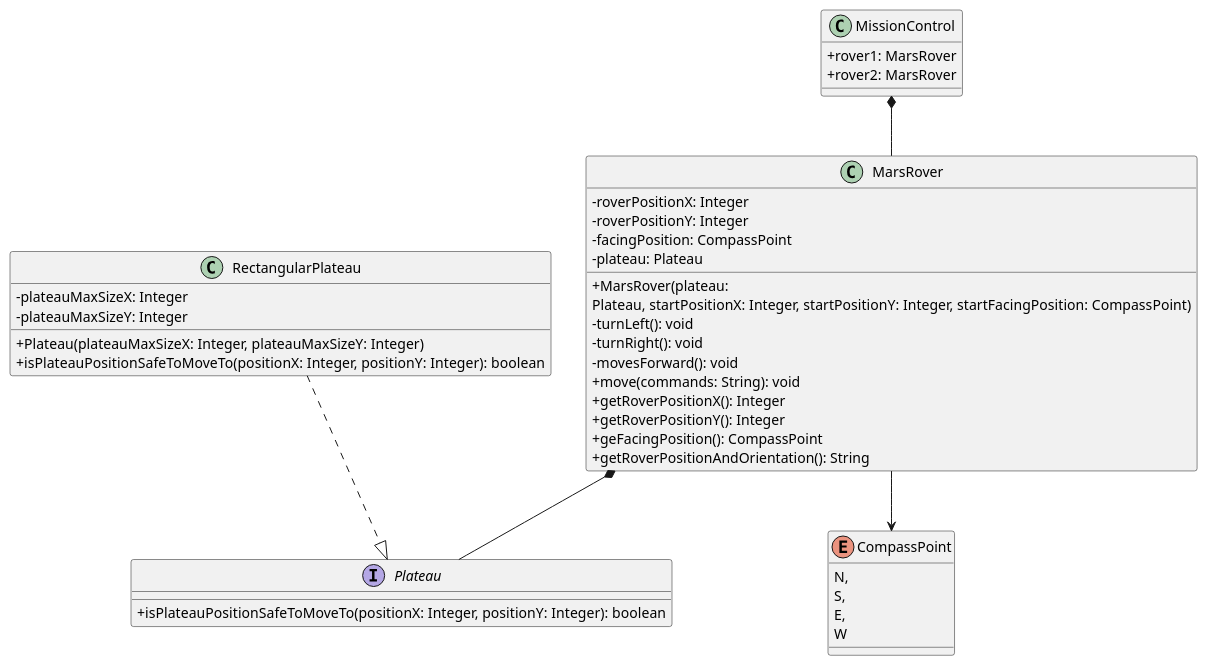
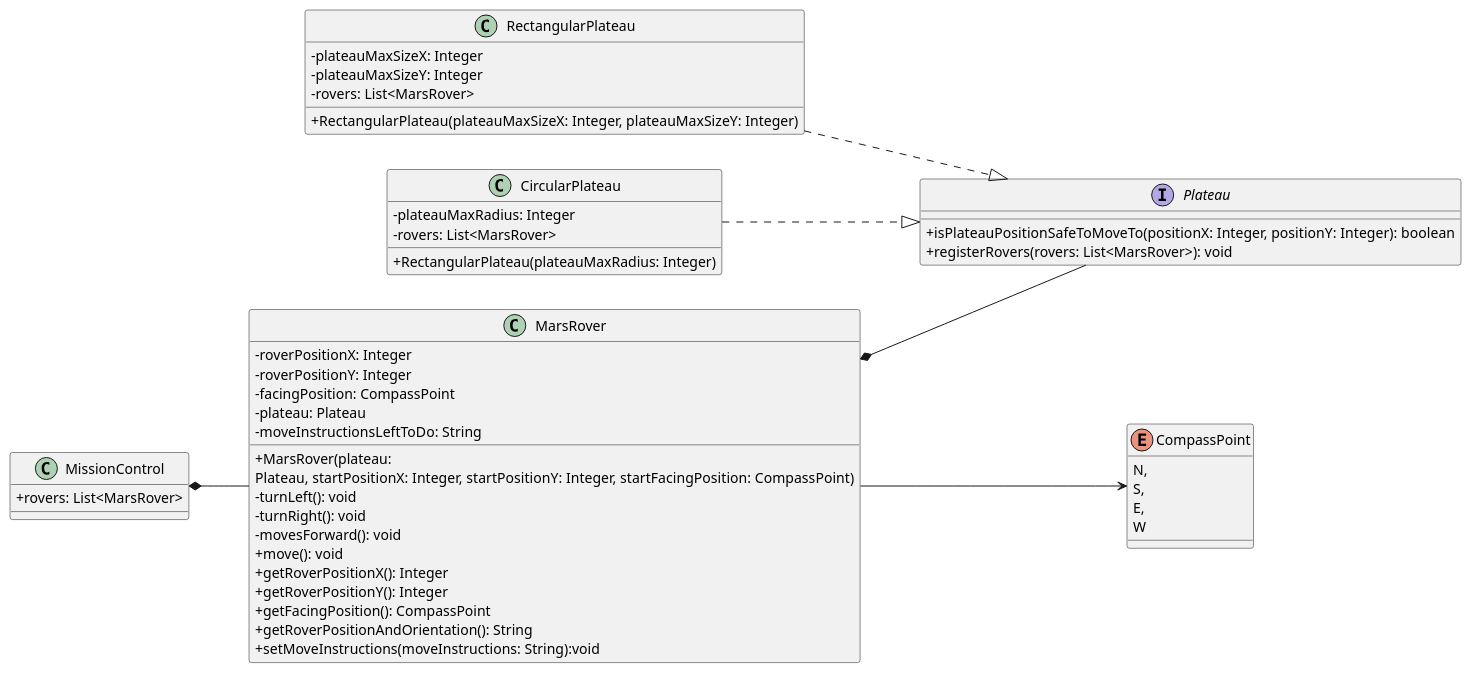
Before and after one commit to cleides/mars-rover: the diagram in docs/MarsRovers.puml, drawn with PlantUML.

Commit message:
Updated MarsRovers diagram

```diff
--- a/docs/MarsRovers.puml
+++ b/docs/MarsRovers.puml
@@ -1,51 +1,66 @@
 @startuml
 'https://plantuml.com/class-diagram
 skinparam classAttributeIconSize 0
+
+left to right direction
 
 MarsRover --> CompassPoint
 MarsRover *-- Plateau
 MissionControl *-- MarsRover
 RectangularPlateau ..|> Plateau
+CircularPlateau ..|> Plateau
+
 class MissionControl {
-+rover1: MarsRover
-+rover2: MarsRover
++rovers: List<MarsRover>
+
 }
 
 class MarsRover {
 -roverPositionX: Integer
 -roverPositionY: Integer
 -facingPosition: CompassPoint
 -plateau: Plateau
+-moveInstructionsLeftToDo: String
 
 +MarsRover(plateau:
 Plateau, startPositionX: Integer, startPositionY: Integer, startFacingPosition: CompassPoint)
 -turnLeft(): void
 -turnRight(): void
 -movesForward(): void
-+move(commands: String): void
++move(): void
 +getRoverPositionX(): Integer
 +getRoverPositionY(): Integer
-+geFacingPosition(): CompassPoint
++getFacingPosition(): CompassPoint
 +getRoverPositionAndOrientation(): String
++setMoveInstructions(moveInstructions: String):void
 }
 
 Interface Plateau {
 +isPlateauPositionSafeToMoveTo(positionX: Integer, positionY: Integer): boolean
++registerRovers(rovers: List<MarsRover>): void
 }
 
 class RectangularPlateau {
 -plateauMaxSizeX: Integer
 -plateauMaxSizeY: Integer
+-rovers: List<MarsRover>
 'creating a constructor here to
-+Plateau(plateauMaxSizeX: Integer, plateauMaxSizeY: Integer)
-+isPlateauPositionSafeToMoveTo(positionX: Integer, positionY: Integer): boolean
++RectangularPlateau(plateauMaxSizeX: Integer, plateauMaxSizeY: Integer)
 }
+
+class CircularPlateau {
+-plateauMaxRadius: Integer
+-rovers: List<MarsRover>
+'creating a constructor here to
++RectangularPlateau(plateauMaxRadius: Integer)
+}
+
 
 enum CompassPoint{
 N,
 S,
 E,
 W
 }
 
 @enduml
```
